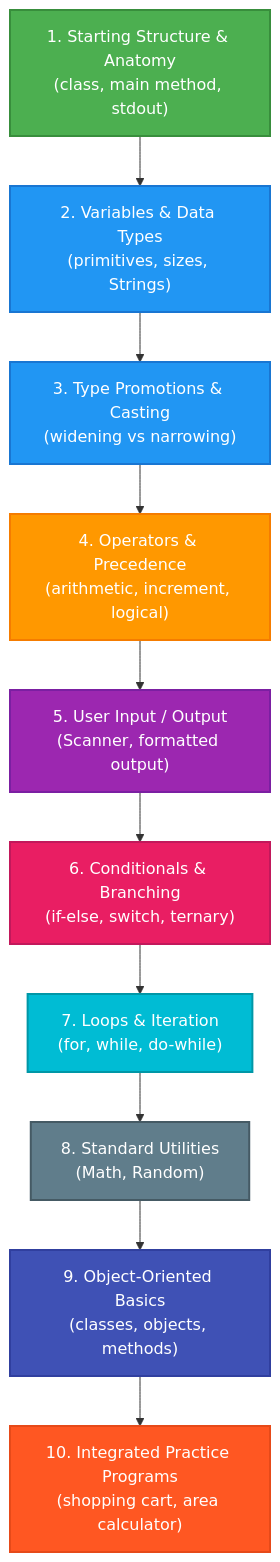
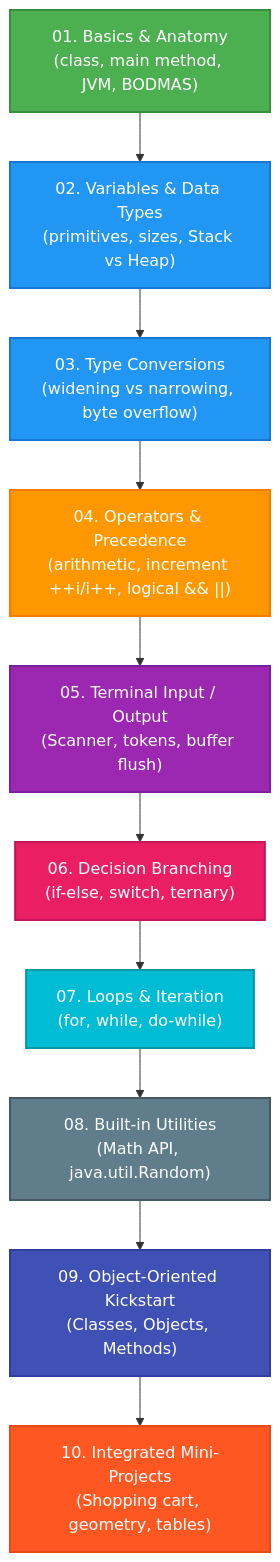
Before and after one commit to Mokshagnatej/Java-course: the second of 4 diagrams in Readme.Md, drawn with Mermaid. The commit also changed other lines of this file and 37 other files, not shown here.

````diff
--- a/Readme.Md
+++ b/Readme.Md
@@ -56,23 +74,23 @@
 ```mermaid
 flowchart TD
-    A["1. Starting Structure & Anatomy\n(class, main method, stdout)"] --> B["2. Variables & Data Types\n(primitives, sizes, Strings)"]
-    B --> C["3. Type Promotions & Casting\n(widening vs narrowing)"]
-    C --> D["4. Operators & Precedence\n(arithmetic, increment, logical)"]
-    D --> E["5. User Input / Output\n(Scanner, formatted output)"]
-    E --> F["6. Conditionals & Branching\n(if-else, switch, ternary)"]
-    F --> G["7. Loops & Iteration\n(for, while, do-while)"]
-    G --> H["8. Standard Utilities\n(Math, Random)"]
-    H --> I["9. Object-Oriented Basics\n(classes, objects, methods)"]
-    I --> J["10. Integrated Practice Programs\n(shopping cart, area calculator)"]
+    A["01. Basics & Anatomy\n(class, main method, JVM, BODMAS)"] --> B["02. Variables & Data Types\n(primitives, sizes, Stack vs Heap)"]
+    B --> C["03. Type Conversions\n(widening vs narrowing, byte overflow)"]
+    C --> D["04. Operators & Precedence\n(arithmetic, increment ++i/i++, logical && ||)"]
+    D --> E["05. Terminal Input / Output\n(Scanner, tokens, buffer flush)"]
+    E --> F["06. Decision Branching\n(if-else, switch, ternary)"]
+    F --> G["07. Loops & Iteration\n(for, while, do-while)"]
+    G --> H["08. Built-in Utilities\n(Math API, java.util.Random)"]
+    H --> I["09. Object-Oriented Kickstart\n(Classes, Objects, Methods)"]
+    I --> J["10. Integrated Mini-Projects\n(Shopping cart, geometry, tables)"]
 
     style A fill:#4CAF50,stroke:#388E3C,stroke-width:2px,color:#fff
     style B fill:#2196F3,stroke:#1976D2,stroke-width:2px,color:#fff
     style C fill:#2196F3,stroke:#1976D2,stroke-width:2px,color:#fff
     style D fill:#FF9800,stroke:#F57C00,stroke-width:2px,color:#fff
     style E fill:#9C27B0,stroke:#7B1FA2,stroke-width:2px,color:#fff
     style F fill:#E91E63,stroke:#C2185B,stroke-width:2px,color:#fff
     style G fill:#00BCD4,stroke:#0097A7,stroke-width:2px,color:#fff
     style H fill:#607D8B,stroke:#455A64,stroke-width:2px,color:#fff
     style I fill:#3F51B5,stroke:#303F9F,stroke-width:2px,color:#fff
     style J fill:#FF5722,stroke:#E64A19,stroke-width:2px,color:#fff
 ```
````
